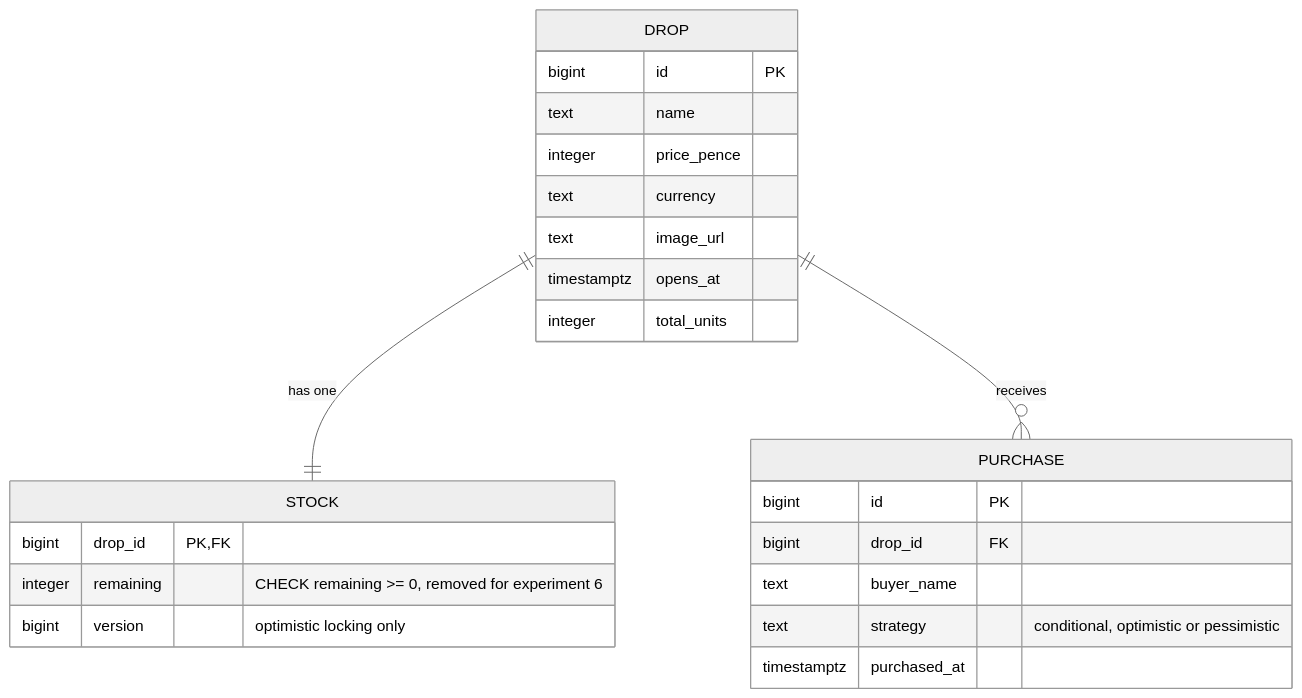
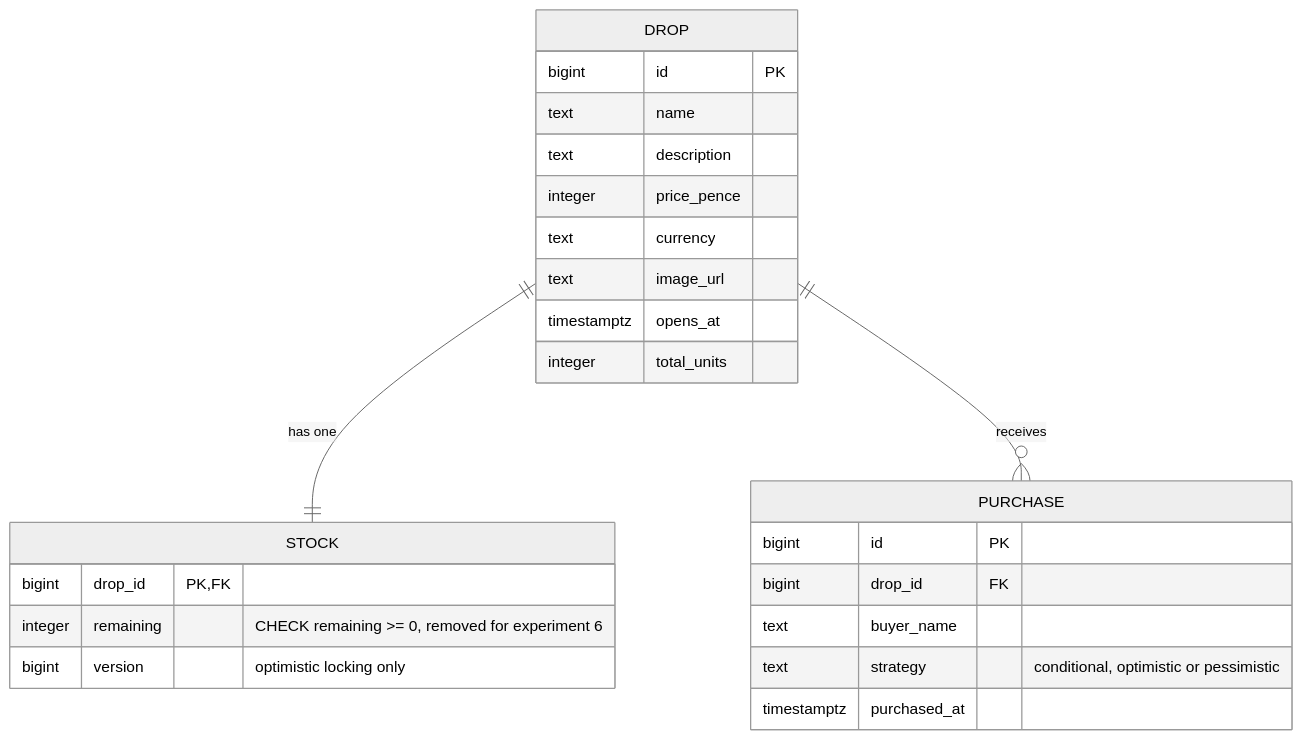
The diagram in docs/DATABASE.md (JordanGrieve/dropline), drawn with Mermaid (neutral theme) before and after one commit. The commit also changed 35 other files, not shown here.

````diff
--- a/docs/DATABASE.md
+++ b/docs/DATABASE.md
@@ -6,29 +6,30 @@
 ```mermaid
 erDiagram
     DROP ||--|| STOCK : "has one"
     DROP ||--o{ PURCHASE : "receives"
 
     DROP {
         bigint id PK
         text name
+        text description
         integer price_pence
         text currency
         text image_url
         timestamptz opens_at
         integer total_units
     }
 
     STOCK {
         bigint drop_id PK, FK
         integer remaining "CHECK remaining >= 0, removed for experiment 6"
         bigint version "optimistic locking only"
     }
 
     PURCHASE {
         bigint id PK
         bigint drop_id FK
         text buyer_name
         text strategy "conditional, optimistic or pessimistic"
         timestamptz purchased_at
     }
 ```
````
